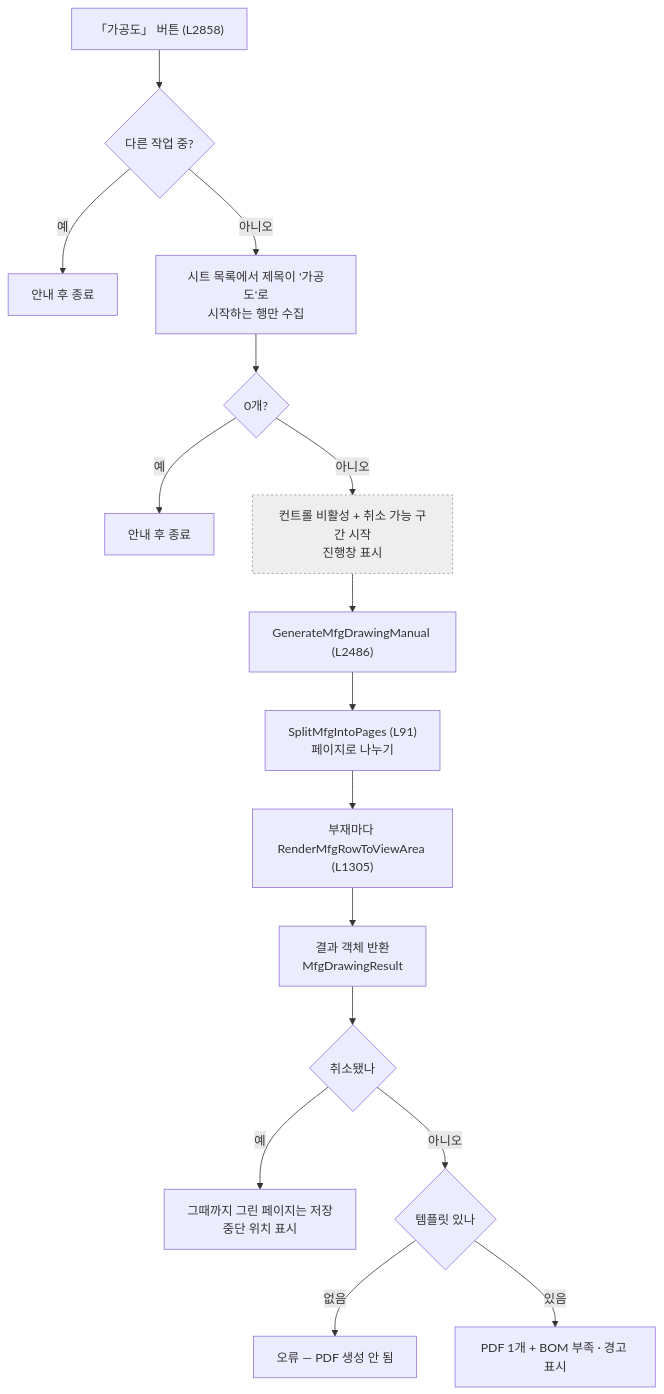
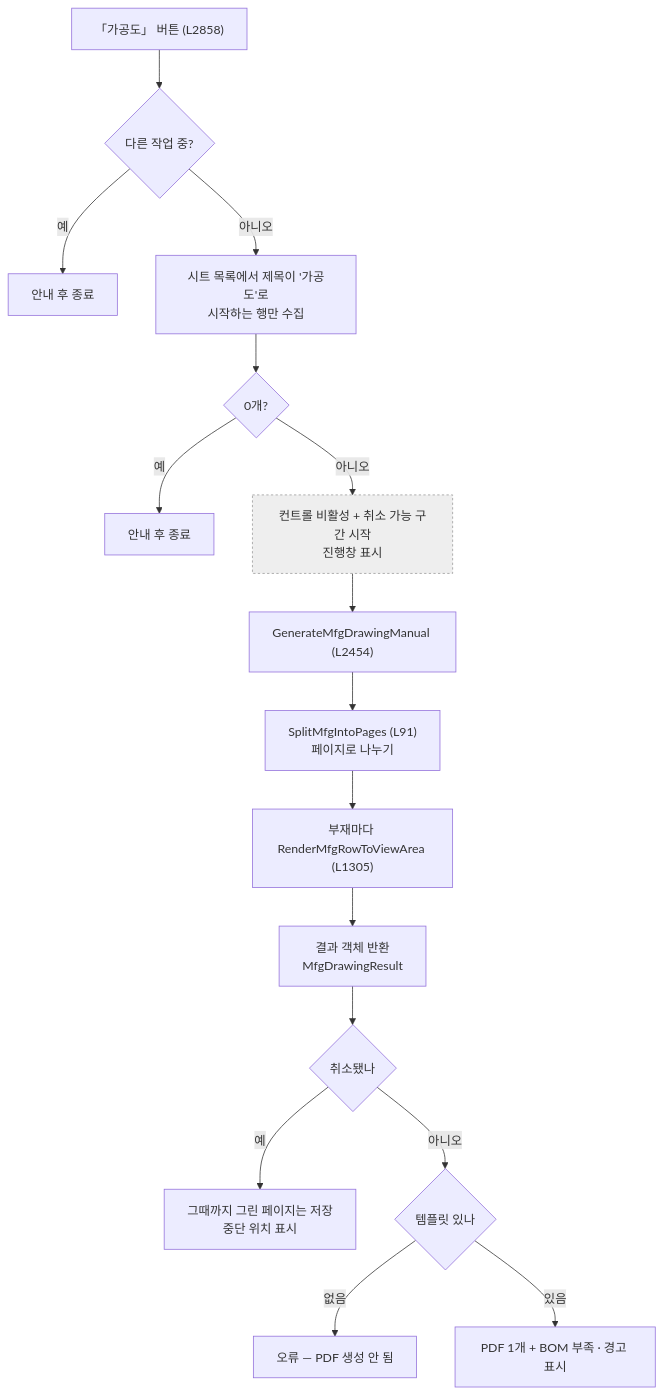
One commit to uuuuj/a2z changed the first of 3 diagrams in docs/코드분석/파일별/Form1.MfgDrawing.md. Above: the diagram before and after it, drawn with Mermaid. The commit also changed other lines of this file and 13 other files, not shown here.

````diff
--- a/docs/코드분석/파일별/Form1.MfgDrawing.md
+++ b/docs/코드분석/파일별/Form1.MfgDrawing.md
@@ -59,19 +59,19 @@
 ```mermaid
 flowchart TD
     A["「가공도」 버튼 (L2858)"] --> B{"다른 작업 중?"}
     B -- 예 --> Z1["안내 후 종료"]
     B -- 아니오 --> C["시트 목록에서 제목이 '가공도'로<br/>시작하는 행만 수집"]
     C --> D{"0개?"}
     D -- 예 --> Z2["안내 후 종료"]
     D -- 아니오 --> E["컨트롤 비활성 + 취소 가능 구간 시작<br/>진행창 표시"]:::other
-    E --> F["GenerateMfgDrawingManual (L2486)"]
+    E --> F["GenerateMfgDrawingManual (L2454)"]
     F --> G["SplitMfgIntoPages (L91)<br/>페이지로 나누기"]
     G --> H["부재마다 RenderMfgRowToViewArea (L1305)"]
     H --> I["결과 객체 반환<br/>MfgDrawingResult"]
     I --> J{"취소됐나"}
     J -- 예 --> K["그때까지 그린 페이지는 저장<br/>중단 위치 표시"]
     J -- 아니오 --> L{"템플릿 있나"}
     L -- 없음 --> M["오류 — PDF 생성 안 됨"]
     L -- 있음 --> N["PDF 1개 + BOM 부족 · 경고 표시"]
     classDef other fill:#eee,stroke:#999,stroke-dasharray:3
 ```
````
